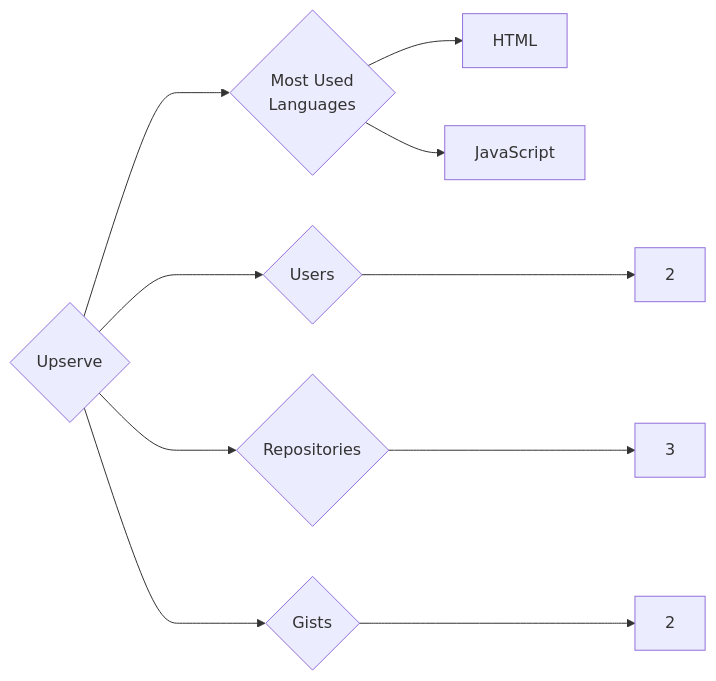
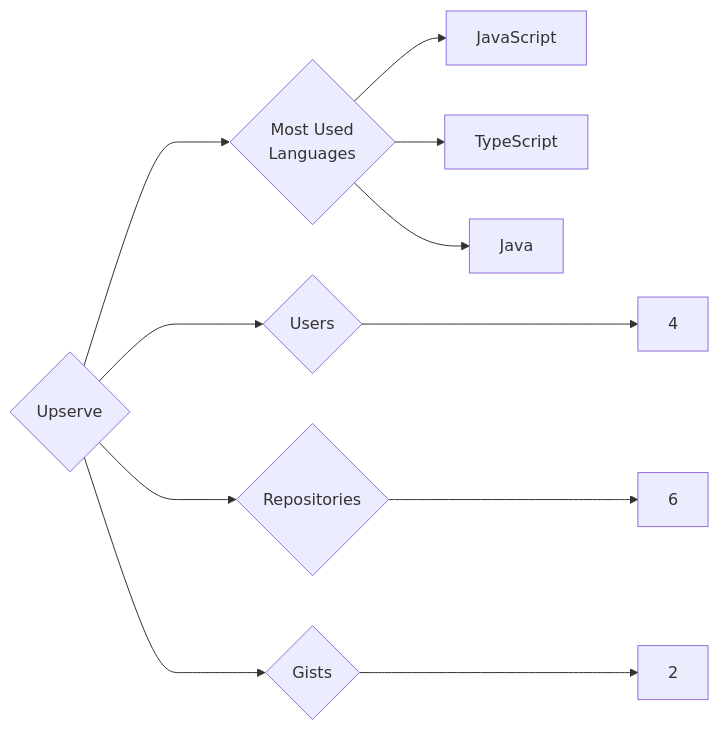
One commit to trickest/insiders changed the diagram in targets/Upserve/README.md. Above: the diagram before and after it, drawn with Mermaid. The commit also changed 970 other files, not shown here.

````diff
--- a/targets/Upserve/README.md
+++ b/targets/Upserve/README.md
@@ -3,10 +3,11 @@
 ```mermaid
 graph LR
 COMPANY_NAME{Upserve}
-COMPANY_NAME ---> U{Users} ---> UN[2]
-COMPANY_NAME ---> R{Repositories} ---> RN[3]
+COMPANY_NAME ---> U{Users} ---> UN[4]
+COMPANY_NAME ---> R{Repositories} ---> RN[6]
 COMPANY_NAME ---> G{Gists} ---> GN[2]
 COMPANY_NAME ---> ML{Most Used<br>Languages}
-ML --> HTML[HTML]
 ML --> JavaScript[JavaScript]
+ML --> TypeScript[TypeScript]
+ML --> Java[Java]
 ```
````
